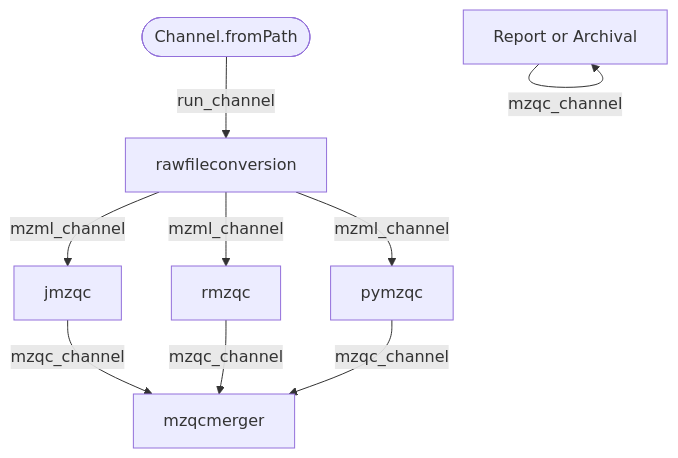
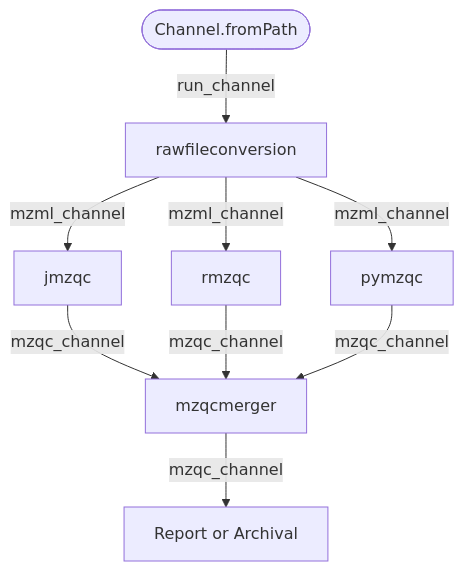
Before and after one commit to MS-Quality-Hub/mzqclib-manuscript: the diagram in workflow/README.md, drawn with Mermaid. The commit also changed other lines of this file and 6 other files, not shown here.

````diff
--- a/workflow/README.md
+++ b/workflow/README.md
@@ -5,18 +5,18 @@
 ```mermaid
 flowchart TD
     p0([Channel.fromPath])
     p1[rawfileconversion]
     p2[jmzqc]
     p3[rmzqc]
     p4[pymzqc]
     p5[mzqcmerger]
     p6[Report or Archival]
     p0 -->|run_channel| p1
     p1 -->|mzml_channel| p2
     p1 -->|mzml_channel| p3
     p1 -->|mzml_channel| p4
     p2 -->|mzqc_channel| p5
     p3 -->|mzqc_channel| p5
     p4 -->|mzqc_channel| p5
-    p6 -->|mzqc_channel| p6    
+    p5 -->|mzqc_channel| p6    
 ```
````
